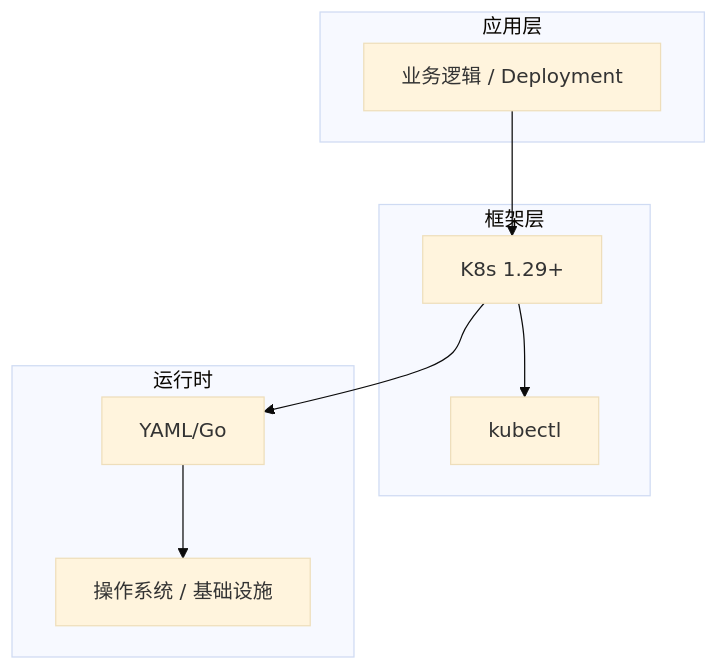
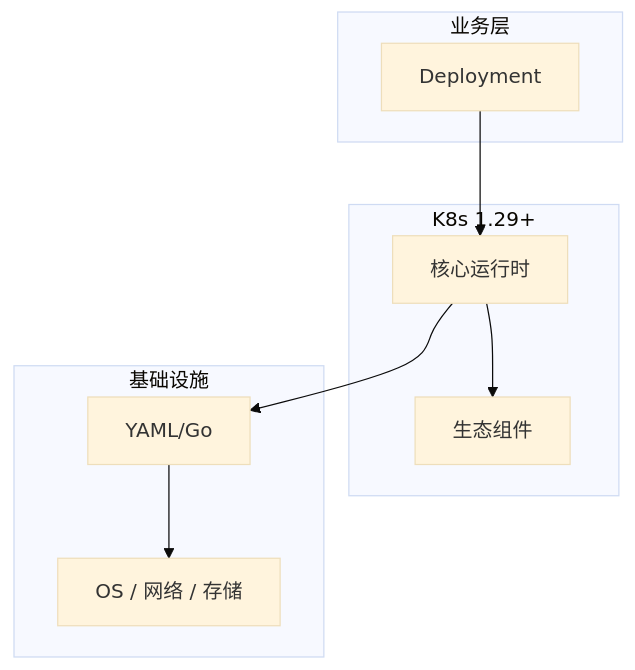
One commit to yanggan2015/knowledge-json-v2 changed the diagram in articles/Kubernetes/chapters/025-Deployment核心概念与原理.md. Above: the diagram before and after it, drawn with Mermaid (base theme). The commit also changed other lines of this file and 10127 other files, not shown here.

````diff
--- a/articles/Kubernetes/chapters/025-Deployment核心概念与原理.md
+++ b/articles/Kubernetes/chapters/025-Deployment核心概念与原理.md
@@ -45,18 +34,18 @@
 ```mermaid
 graph TB
-    subgraph 应用层
-        A[业务逻辑 / Deployment]
+    subgraph 业务层
+        A[Deployment]
     end
-    subgraph 框架层
-        B[K8s 1.29+]
-        C[kubectl]
+    subgraph K8s 1.29+
+        B[核心运行时]
+        C[生态组件]
     end
-    subgraph 运行时
+    subgraph 基础设施
         D[YAML/Go]
-        E[操作系统 / 基础设施]
+        E[OS / 网络 / 存储]
     end
     A --> B
     B --> C
     B --> D
     D --> E
 ```
````
